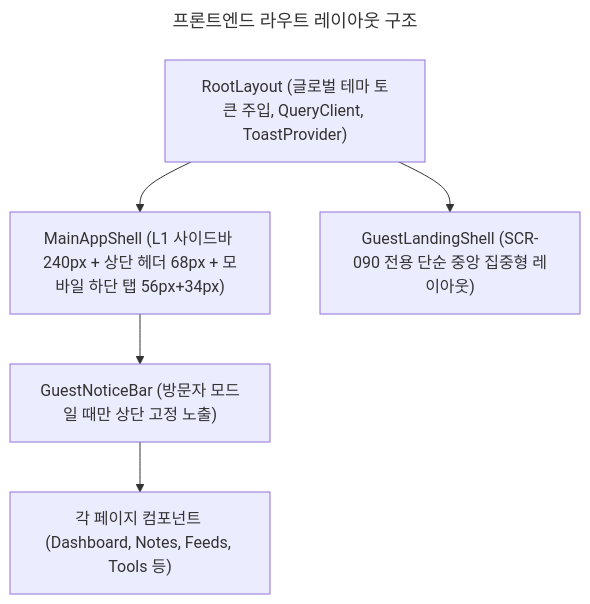
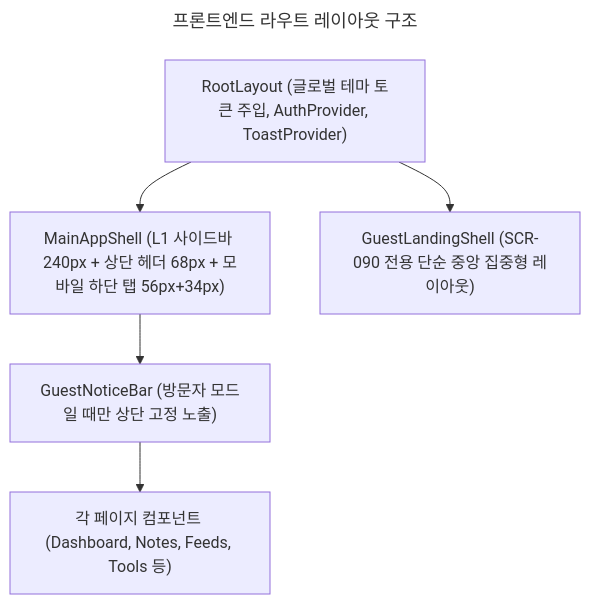
Before and after one commit to lkh-space/my-space-docs: the diagram in frontend/fe-003-routing-pages.md, drawn with Mermaid. The commit also changed other lines of this file and 6 other files, not shown here.

````diff
--- a/frontend/fe-003-routing-pages.md
+++ b/frontend/fe-003-routing-pages.md
@@ -103,18 +103,18 @@
 ```mermaid
 ---
 title: 프론트엔드 라우트 레이아웃 구조
 ---
 flowchart TD
-  RootLayout["RootLayout (글로벌 테마 토큰 주입, QueryClient, ToastProvider)"]
+  RootLayout["RootLayout (글로벌 테마 토큰 주입, AuthProvider, ToastProvider)"]
 
   MainShell["MainAppShell (L1 사이드바 240px + 상단 헤더 68px + 모바일 하단 탭 56px+34px)"]
   GuestNoticeBar["GuestNoticeBar (방문자 모드일 때만 상단 고정 노출)"]
 
   GuestLandingShell["GuestLandingShell (SCR-090 전용 단순 중앙 집중형 레이아웃)"]
 
   RootLayout --> MainShell
   RootLayout --> GuestLandingShell
 
   MainShell --> GuestNoticeBar
   GuestNoticeBar --> PageContent["각 페이지 컴포넌트 (Dashboard, Notes, Feeds, Tools 등)"]
 ```
````
